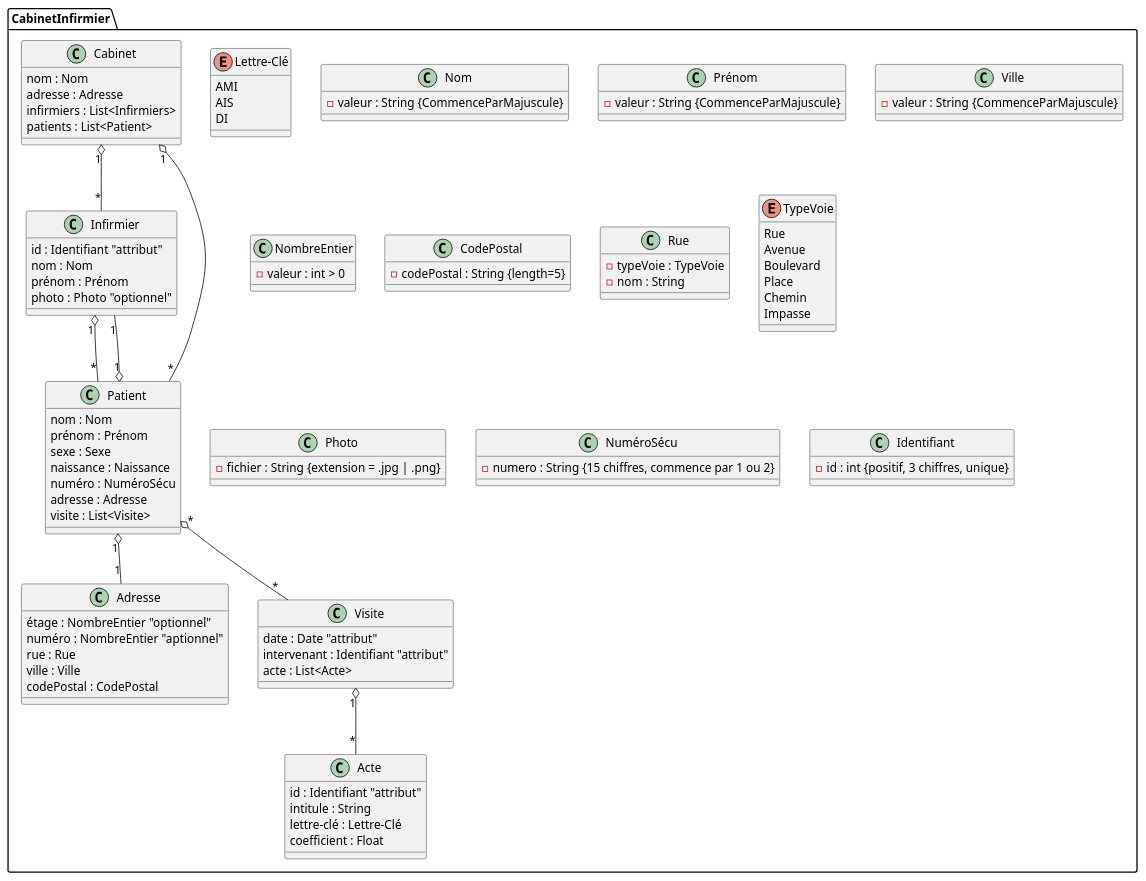
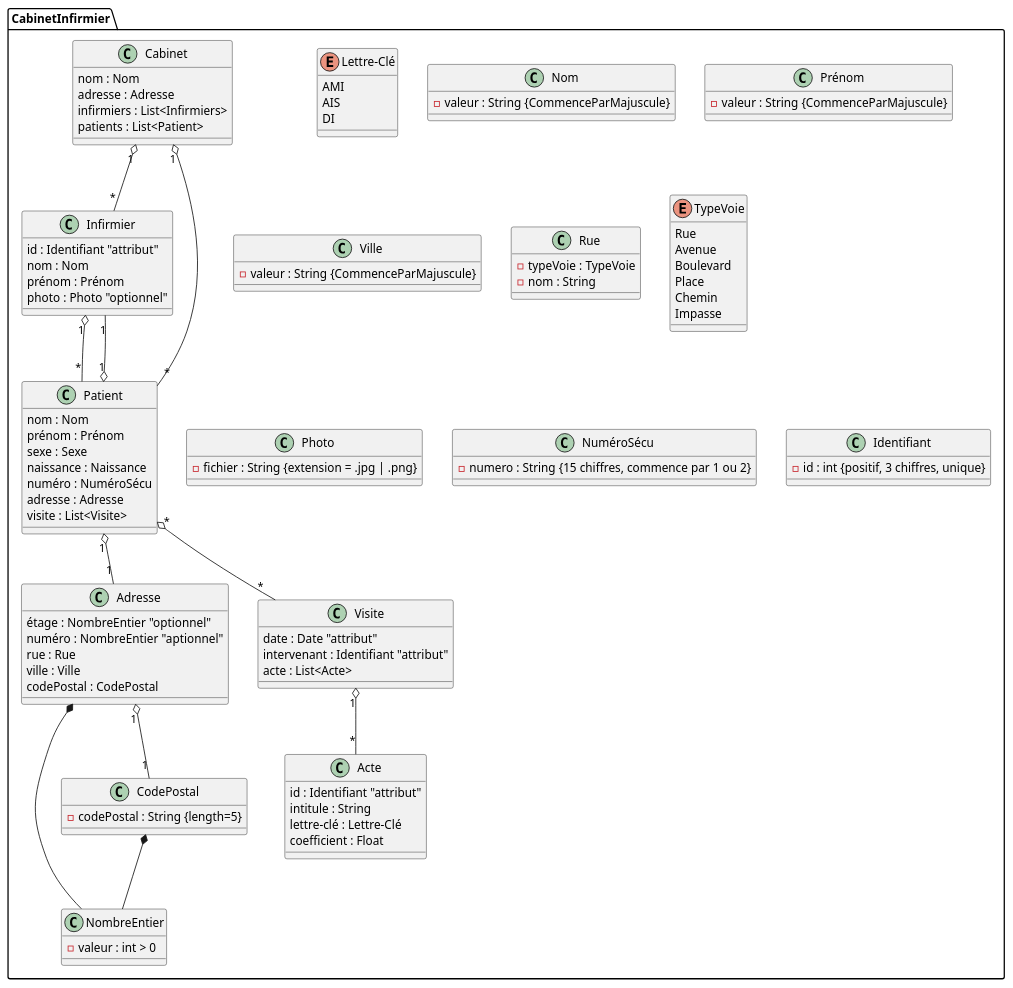
The diagram in CabinetInfermier/cabinetAmeliore.plantuml (dramekhoyane-oss/XML-Projets), drawn with PlantUML before and after one commit.

Commit message:
ajouter les cardinalités entre  les relations
 ajouter cardinalités des relations suivantes :
 CodePostal, Adresse ,NombreEntier , Lettre-Clé, Acte

```diff
--- a/CabinetInfermier/cabinetAmeliore.plantuml
+++ b/CabinetInfermier/cabinetAmeliore.plantuml
@@ -1,112 +1,130 @@
 @startuml
 
 ' Définition du namespace général pour la base de données du cabinet
 package "CabinetInfirmier" {
 
 class Cabinet {
 nom : Nom
 adresse : Adresse 
 infirmiers : List<Infirmiers>
 patients : List<Patient>
 }
 
 class Adresse{
 étage : NombreEntier "optionnel"
 numéro : NombreEntier "aptionnel"
 rue : Rue 
 ville : Ville
 codePostal : CodePostal 
 
 }
 
 class Infirmier{
 id : Identifiant "attribut"
 nom : Nom
 prénom : Prénom
 photo : Photo "optionnel"
 }
 
 class Patient{
 nom : Nom
 prénom : Prénom
 sexe : Sexe 
 naissance : Naissance 
 numéro : NuméroSécu /' attention c'est le num de sécu '/
 adresse : Adresse
 visite : List<Visite>
 }
 
 class Visite{
 date : Date "attribut"
 intervenant : Identifiant "attribut"
 acte : List<Acte>
 }
 
 class Acte{
 id : Identifiant "attribut"
 intitule : String
 lettre-clé : Lettre-Clé
 coefficient : Float
 }
 
 enum Lettre-Clé{
 AMI
 AIS
 DI
 }
 
 class Nom{
  - valeur : String {CommenceParMajuscule}
 }
 class Prénom{
  - valeur : String {CommenceParMajuscule}
 }
 class Ville{
  - valeur : String {CommenceParMajuscule}
 }
 class NombreEntier{
  - valeur : int > 0
 }
 
 class CodePostal{
  - codePostal : String {length=5}
 }
 
 class Rue {
     - typeVoie : TypeVoie
     - nom : String
 }
 
 enum TypeVoie {
     Rue
     Avenue
     Boulevard
     Place
     Chemin 
     Impasse 
 }
 
 class Photo{
 - fichier : String {extension = .jpg | .png}
 }
 class NuméroSécu{
 - numero : String {15 chiffres, commence par 1 ou 2}
 }
 
 class Identifiant {
 - id : int {positif, 3 chiffres, unique}
 }
   
   
   ' Relations
   Cabinet "1" o-- "*" Infirmier
   Cabinet "1" o-- "*" Patient
   Patient "*" o-- "*" Visite
   Visite "1" o-- "*" Acte
   Patient "1" o-- "1" Infirmier
   Patient "1" o-- "1" Adresse
   Infirmier "1" o-- "*" Patient
+  ' ajouter les cardinalités 
+'CodePostal *-- NombreEntier
+
+ 'Adresse "1" o-- "1" CodePostal 
+CodePostal *-- NombreEntier
+Adresse *-- NombreEntier
+Adresse "1" o-- "1" CodePostal
+
+'Acte  *-- Lettre-Clé ne fonctionne pas ,pourrriez-vous proposer une solution pour relation enum Lettre-Clé
+
+
+
+
+
+
+
+ 
+
 
 
 }
 @enduml
```
